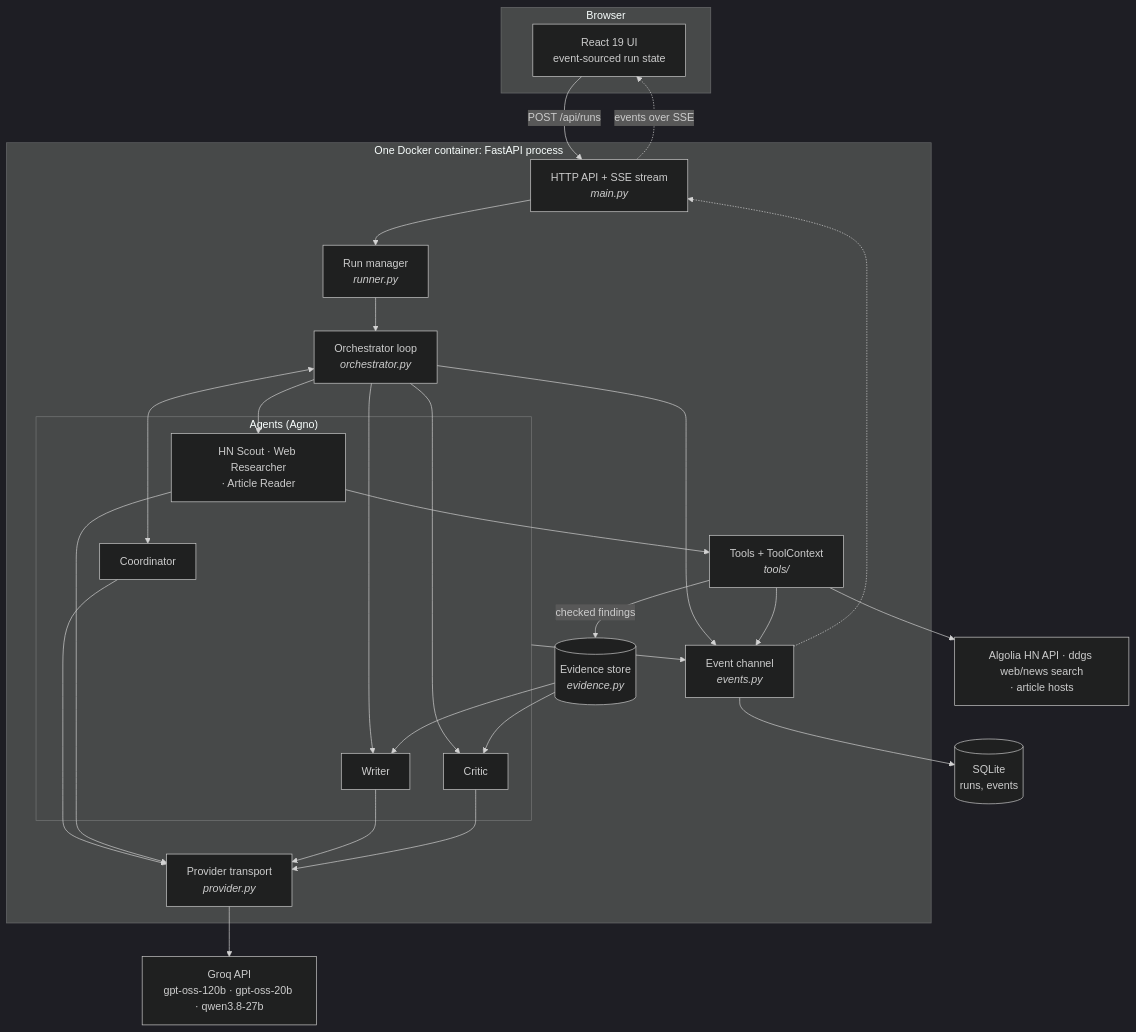
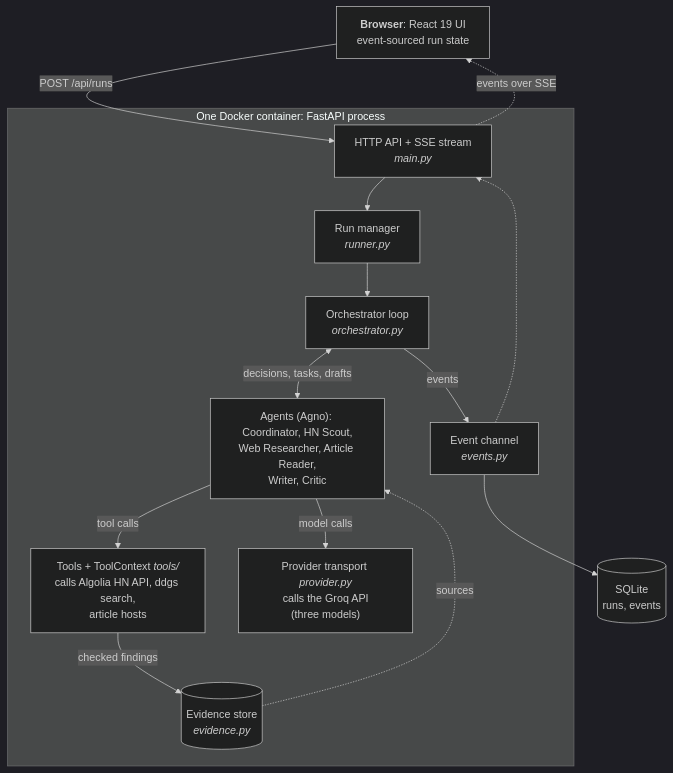
The diagram in docs/diagrams/components.mmd (Shreyanshsaboo/multi-agent-researcher-2), drawn with Mermaid (dark theme) before and after one commit. The commit also changed 4 other files, not shown here.

First line of the commit message:
docs: redraw the components and sequence diagrams to fit a page

```diff
--- a/docs/diagrams/components.mmd
+++ b/docs/diagrams/components.mmd
@@ -1,34 +1,24 @@
 flowchart TB
-    subgraph client["Browser"]
-        ui["React 19 UI<br/>event-sourced run state"]
-    end
+    ui["<b>Browser</b>: React 19 UI<br/>event-sourced run state"]
     subgraph server["One Docker container: FastAPI process"]
         api["HTTP API + SSE stream<br/><i>main.py</i>"]
         mgr["Run manager<br/><i>runner.py</i>"]
         orch["Orchestrator loop<br/><i>orchestrator.py</i>"]
-        subgraph agents["Agents (Agno)"]
-            coord[Coordinator]
-            workers["HN Scout · Web Researcher<br/>· Article Reader"]
-            writer[Writer]
-            critic[Critic]
-        end
-        tools["Tools + ToolContext<br/><i>tools/</i>"]
+        agents["Agents (Agno): Coordinator, HN Scout,<br/>Web Researcher, Article Reader,<br/>Writer, Critic"]
+        tools["Tools + ToolContext <i>tools/</i><br/>calls Algolia HN API, ddgs search,<br/>article hosts"]
         ev[("Evidence store<br/><i>evidence.py</i>")]
+        prov["Provider transport <i>provider.py</i><br/>calls the Groq API<br/>(three models)"]
         chan["Event channel<br/><i>events.py</i>"]
-        prov["Provider transport<br/><i>provider.py</i>"]
     end
     db[("SQLite<br/>runs, events")]
-    groq["Groq API<br/>gpt-oss-120b · gpt-oss-20b · qwen3.8-27b"]
-    ext["Algolia HN API · ddgs web/news search<br/>· article hosts"]
     ui -->|"POST /api/runs"| api
     api -.->|"events over SSE"| ui
     api --> mgr --> orch
-    orch <--> coord
-    orch --> workers & writer & critic
-    workers --> tools --> ext
-    tools -->|checked findings| ev
-    ev --> writer & critic
-    orch & agents & tools --> chan
+    orch <-->|"decisions, tasks, drafts"| agents
+    agents -->|"tool calls"| tools
+    agents -->|"model calls"| prov
+    tools -->|"checked findings"| ev
+    ev -.->|sources| agents
+    orch -->|events| chan
     chan --> db
     chan -.-> api
-    coord & workers & writer & critic --> prov --> groq
```
